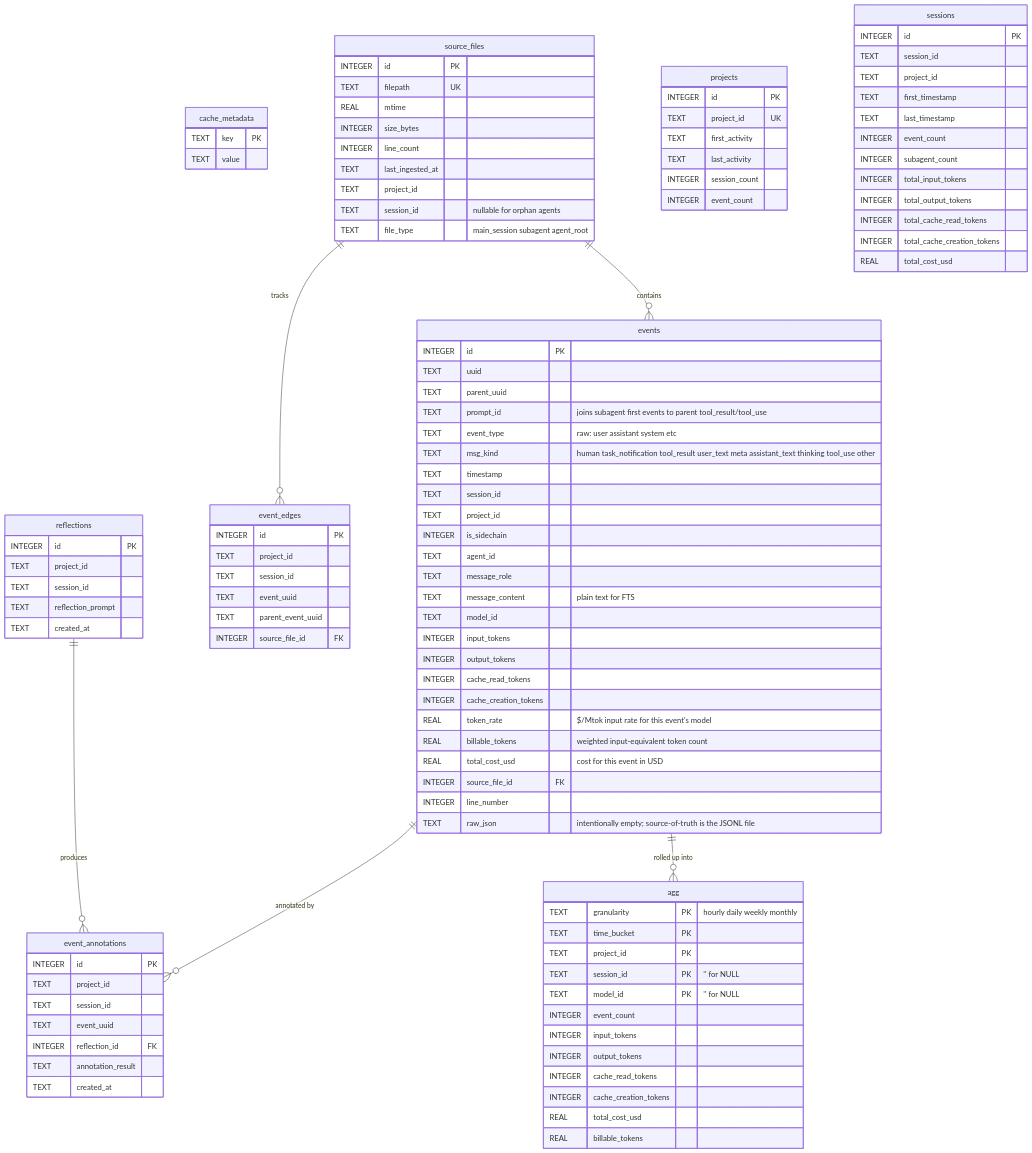
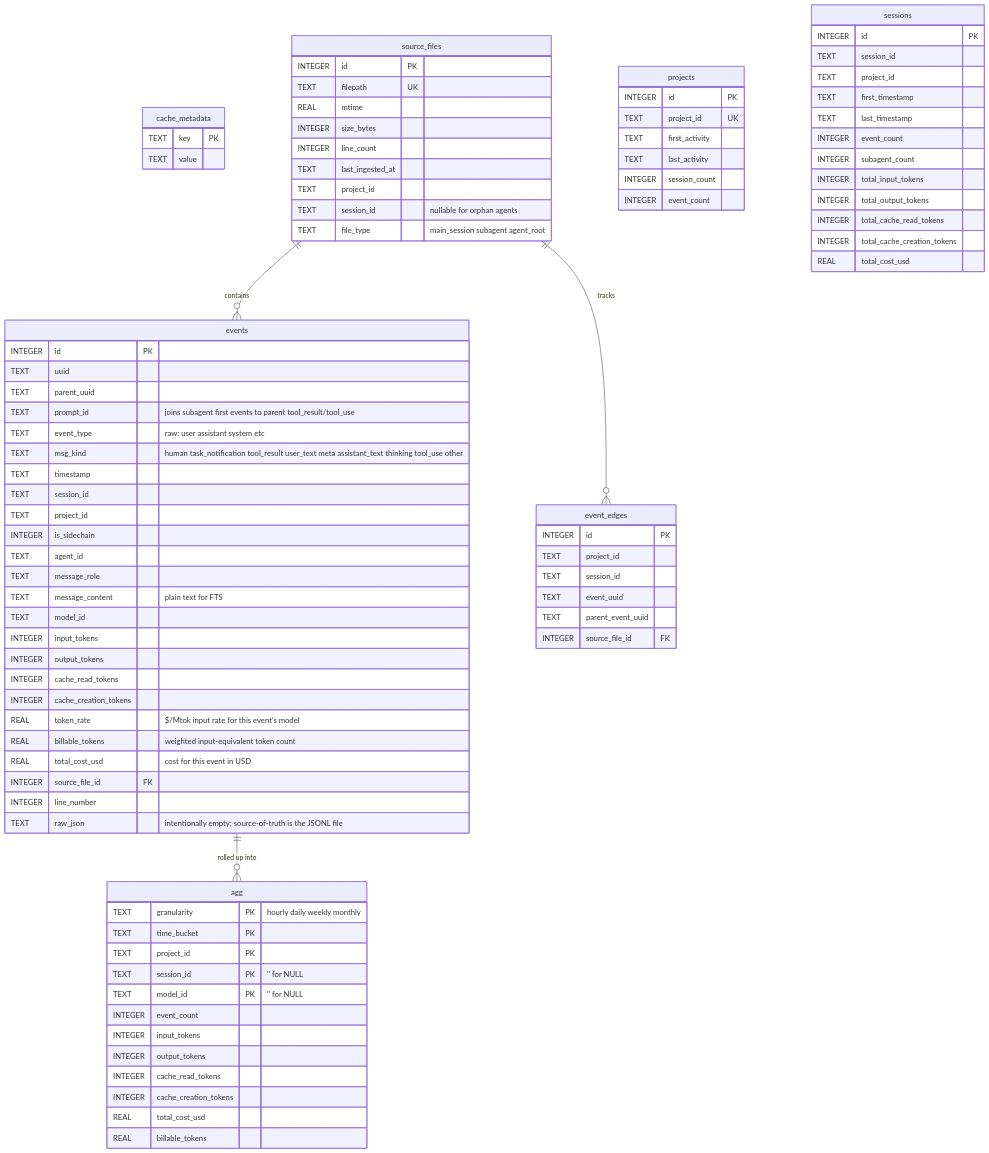
Before and after one commit to neozenith/agentic-dotfiles: the diagram in skills/introspect/resources/cache.md, drawn with Mermaid. The commit also changed other lines of this file and 3 other files, not shown here.

````diff
--- a/skills/introspect/resources/cache.md
+++ b/skills/introspect/resources/cache.md
@@ -114,24 +114,6 @@
         INTEGER source_file_id FK
     }
 
-    reflections {
-        INTEGER id PK
-        TEXT project_id
-        TEXT session_id
-        TEXT reflection_prompt
-        TEXT created_at
-    }
-
-    event_annotations {
-        INTEGER id PK
-        TEXT project_id
-        TEXT session_id
-        TEXT event_uuid
-        INTEGER reflection_id FK
-        TEXT annotation_result
-        TEXT created_at
-    }
-
     agg {
         TEXT granularity PK "hourly daily weekly monthly"
         TEXT time_bucket PK
@@ -149,7 +131,5 @@
 
     source_files ||--o{ events : "contains"
     source_files ||--o{ event_edges : "tracks"
-    events ||--o{ event_annotations : "annotated by"
-    reflections ||--o{ event_annotations : "produces"
     events ||--o{ agg : "rolled up into"
 ```
````
